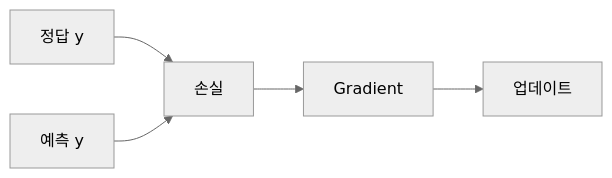
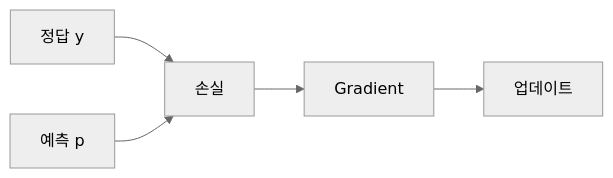
The diagram in content/calculus-for-ml-101/ko/06-loss-function.md (yeongseon-books/book-content), drawn with Mermaid (neutral theme) before and after one commit. The commit also changed other lines of this file and 9 other files, not shown here.

````diff
--- a/content/calculus-for-ml-101/ko/06-loss-function.md
+++ b/content/calculus-for-ml-101/ko/06-loss-function.md
@@ -53,7 +63,7 @@
 ```mermaid
 flowchart LR
     Y[정답 y] --> L[손실]
-    P[예측 y] --> L
+    P[예측 p] --> L
     L --> G[Gradient]
     G --> U[업데이트]
 ```
````
